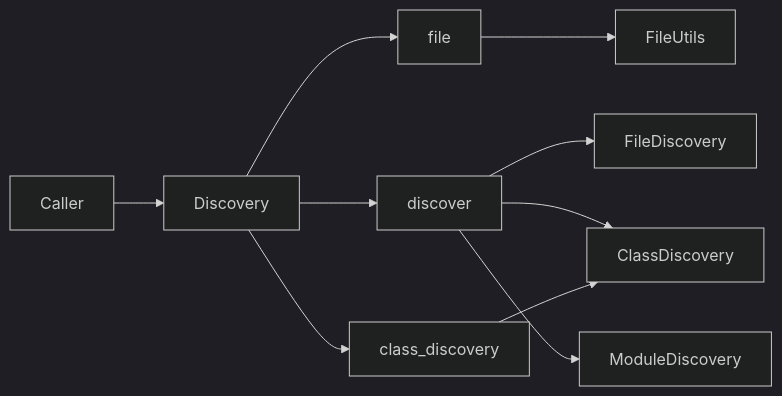
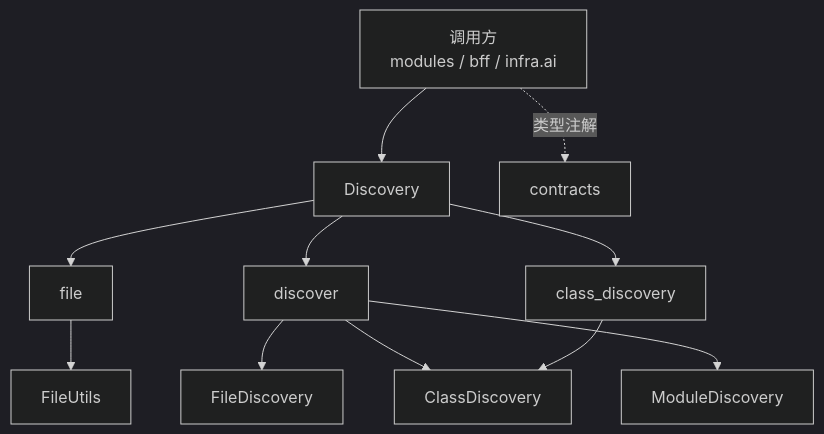
The diagram in core/infra/discovery/docs/ARCHITECTURE.md (garnet1985/new-tea-quant), drawn with Mermaid (dark theme) before and after one commit. The commit also changed other lines of this file and 338 other files, not shown here.

````diff
--- a/core/infra/discovery/docs/ARCHITECTURE.md
+++ b/core/infra/discovery/docs/ARCHITECTURE.md
@@ -58,12 +51,13 @@
 ```mermaid
-flowchart LR
-  Caller --> Discovery
-  Discovery --> FileNS[file]
-  Discovery --> DiscoverNS[discover]
-  Discovery --> ClassNS[class_discovery]
+flowchart TB
+  Caller["调用方<br/>modules / bff / infra.ai"] --> Facade[Discovery]
+  Facade --> FileNS[file]
+  Facade --> DiscoverNS[discover]
+  Facade --> ClassNS[class_discovery]
   FileNS --> FileUtils
   DiscoverNS --> FileDiscovery
   DiscoverNS --> ClassDiscovery
   DiscoverNS --> ModuleDiscovery
   ClassNS --> ClassDiscovery
+  Caller -.->|类型注解| Contracts[contracts]
 ```
````
